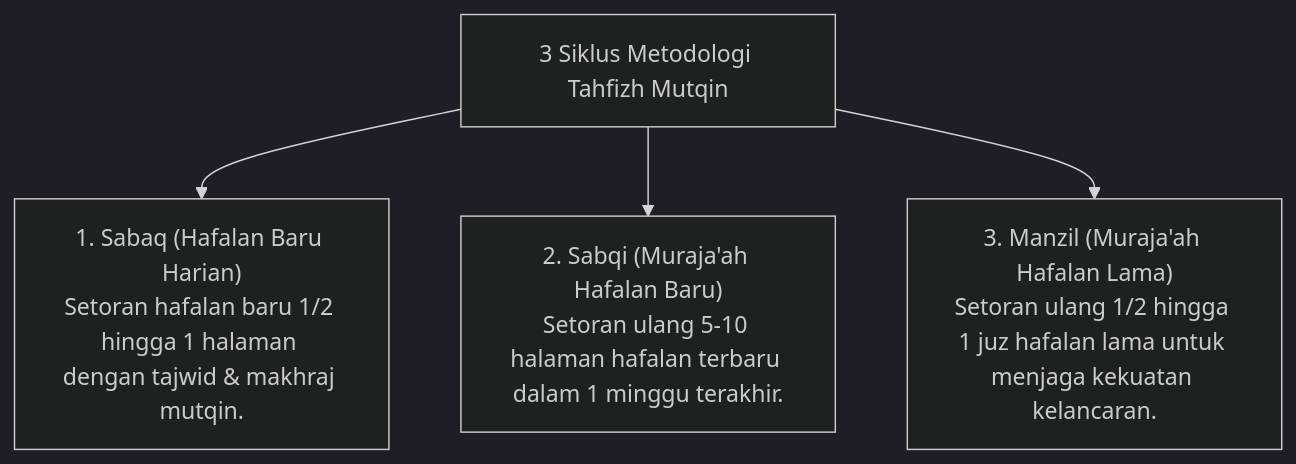
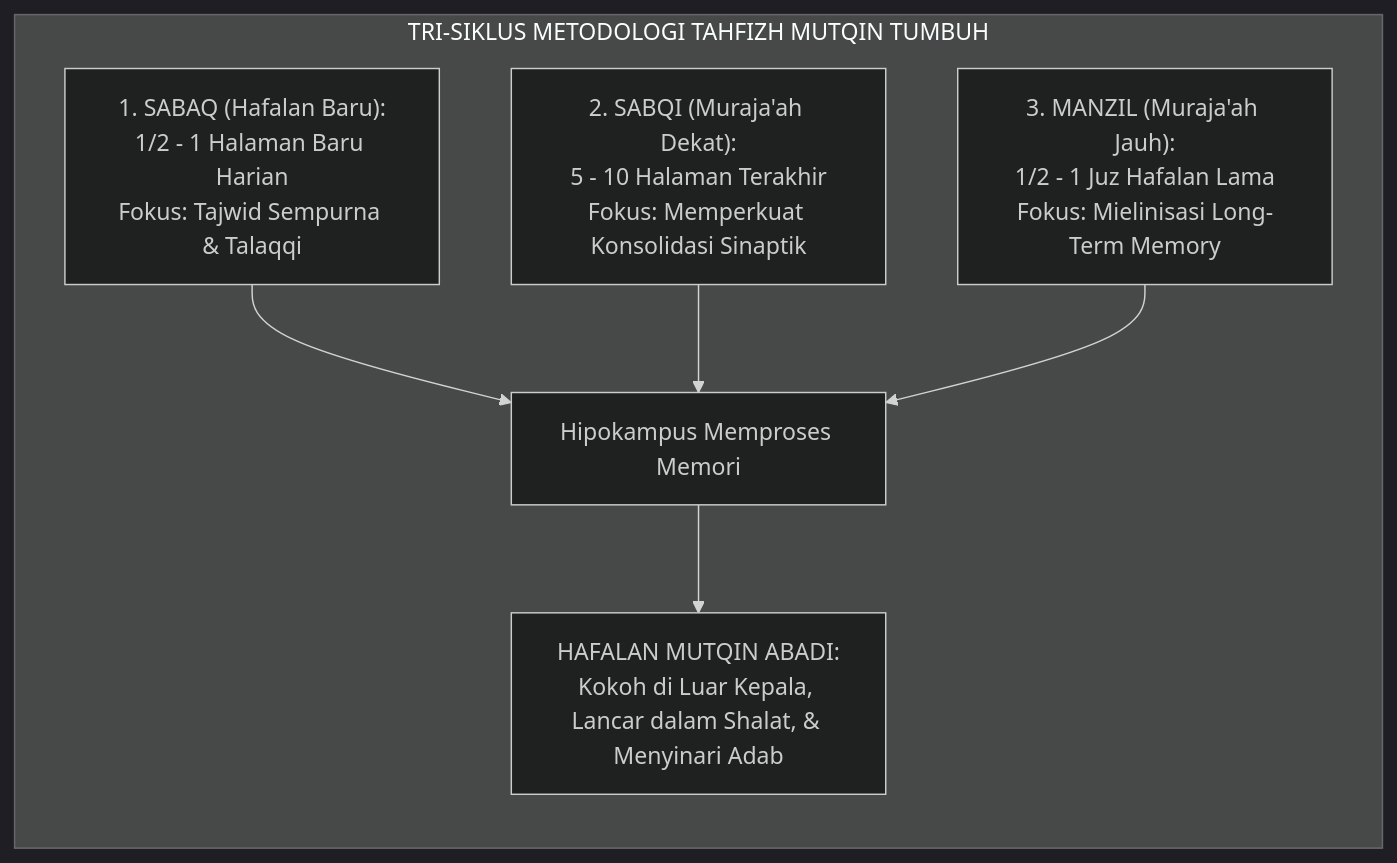
Before and after one commit to wandiapriliyandi/tumbuh: the first of 2 diagrams in 09 Programs/01 Core Programs/P9-01-01-Program-Tahfizh-Mutqin-dan-Halaqah-Al-Quran.md, drawn with Mermaid (dark theme). The commit also changed other lines of this file and 3 other files, not shown here.

````diff
--- a/09 Programs/01 Core Programs/P9-01-01-Program-Tahfizh-Mutqin-dan-Halaqah-Al-Quran.md
+++ b/09 Programs/01 Core Programs/P9-01-01-Program-Tahfizh-Mutqin-dan-Halaqah-Al-Quran.md
@@ -14,7 +28,9 @@
 ```mermaid
-graph TD
-    TahfizhFlow["3 Siklus Metodologi Tahfizh Mutqin"]
-    TahfizhFlow --> Sabaq["1. Sabaq (Hafalan Baru Harian)<br/>Setoran hafalan baru 1/2 hingga 1 halaman dengan tajwid & makhraj mutqin."]
-    TahfizhFlow --> Sabqi["2. Sabqi (Muraja'ah Hafalan Baru)<br/>Setoran ulang 5-10 halaman hafalan terbaru dalam 1 minggu terakhir."]
-    TahfizhFlow --> Manzil["3. Manzil (Muraja'ah Hafalan Lama)<br/>Setoran ulang 1/2 hingga 1 juz hafalan lama untuk menjaga kekuatan kelancaran."]
+flowchart LR
+    subgraph TriCycleTahfizh["TRI-SIKLUS METODOLOGI TAHFIZH MUTQIN TUMBUH"]
+        Sabaq["1. SABAQ (Hafalan Baru):<br/>1/2 - 1 Halaman Baru Harian<br/>Fokus: Tajwid Sempurna & Talaqqi"] --> Consolidation["Hipokampus Memproses Memori"]
+        Sabqi["2. SABQI (Muraja'ah Dekat):<br/>5 - 10 Halaman Terakhir<br/>Fokus: Memperkuat Konsolidasi Sinaptik"] --> Consolidation
+        Manzil["3. MANZIL (Muraja'ah Jauh):<br/>1/2 - 1 Juz Hafalan Lama<br/>Fokus: Mielinisasi Long-Term Memory"] --> Consolidation
+        Consolidation --> Mutqin["HAFALAN MUTQIN ABADI:<br/>Kokoh di Luar Kepala, Lancar dalam Shalat, & Menyinari Adab"]
+    end
 ```
````
